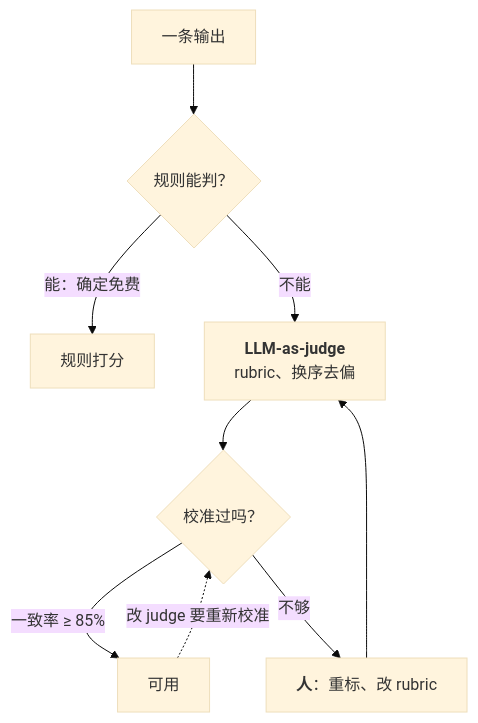
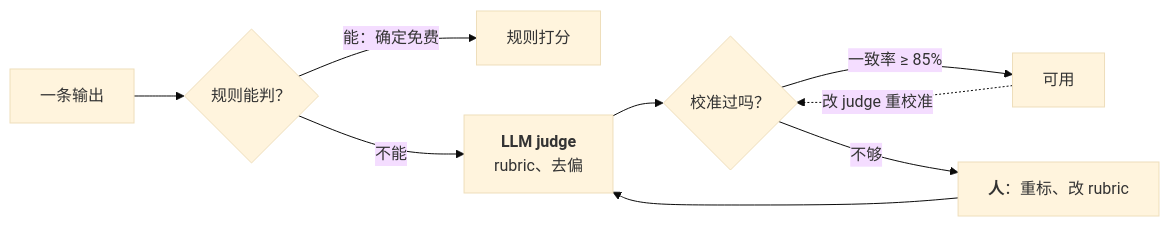
Before and after one commit to arganzheng/arganzheng.github.com: the third of 10 diagrams in slides/2026-11-06-evals-and-observability.md, drawn with Mermaid (base theme). The commit also changed other lines of this file, not shown here.

Commit message:
deck(evals-and-observability): LR layouts for judge-calibration + replay-loop mermaids (smalltext)

````diff
--- a/slides/2026-11-06-evals-and-observability.md
+++ b/slides/2026-11-06-evals-and-observability.md
@@ -81,13 +81,13 @@
 ```mermaid
 %%{init: {"flowchart": {"wrappingWidth": 190}}}%%
-flowchart TB
+flowchart LR
     O["一条输出"] --> R{"规则能判？"}
     R -- "能：确定免费" --> RR["规则打分"]
-    R -- "不能" --> J["<b>LLM-as-judge</b><br/>rubric、换序去偏"]
+    R -- "不能" --> J["<b>LLM judge</b><br/>rubric、去偏"]
     J --> C{"校准过吗？"}
     C -- "一致率 ≥ 85%" --> OK["可用"]
     C -- "不够" --> H["<b>人</b>：重标、改 rubric"]
     H --> J
-    OK -. "改 judge 要重新校准" .-> C
+    OK -. "改 judge 重校准" .-> C
 
 ```
````
